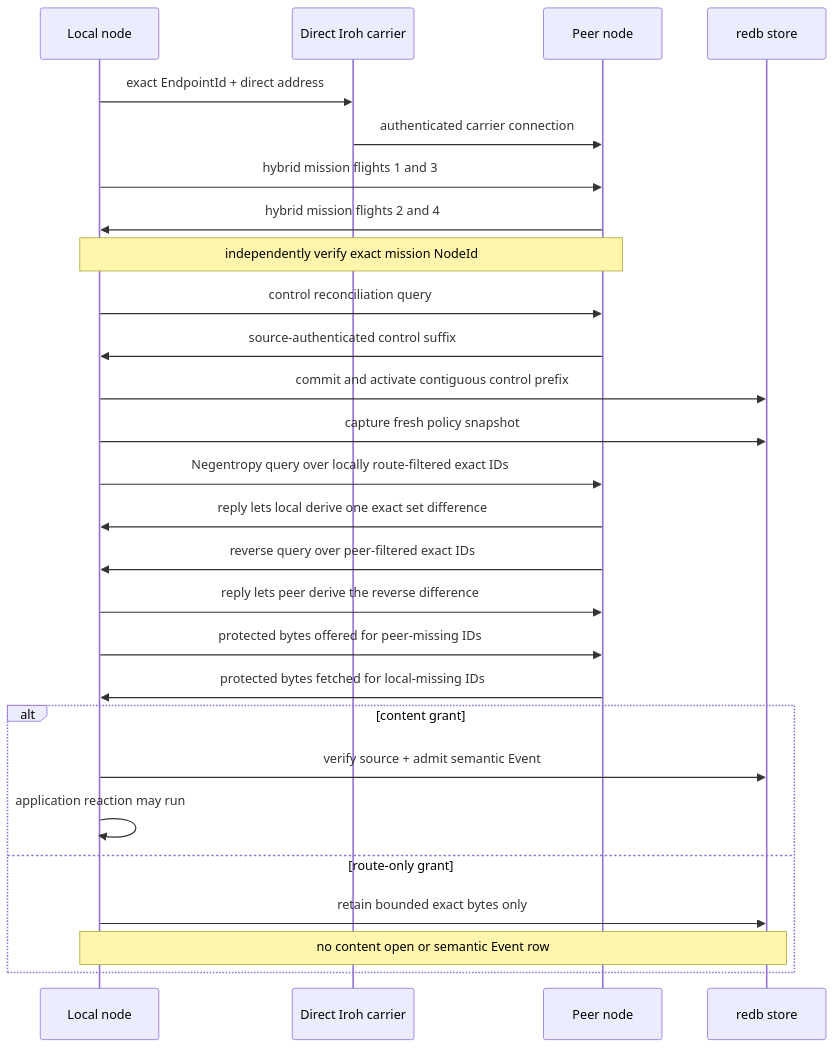
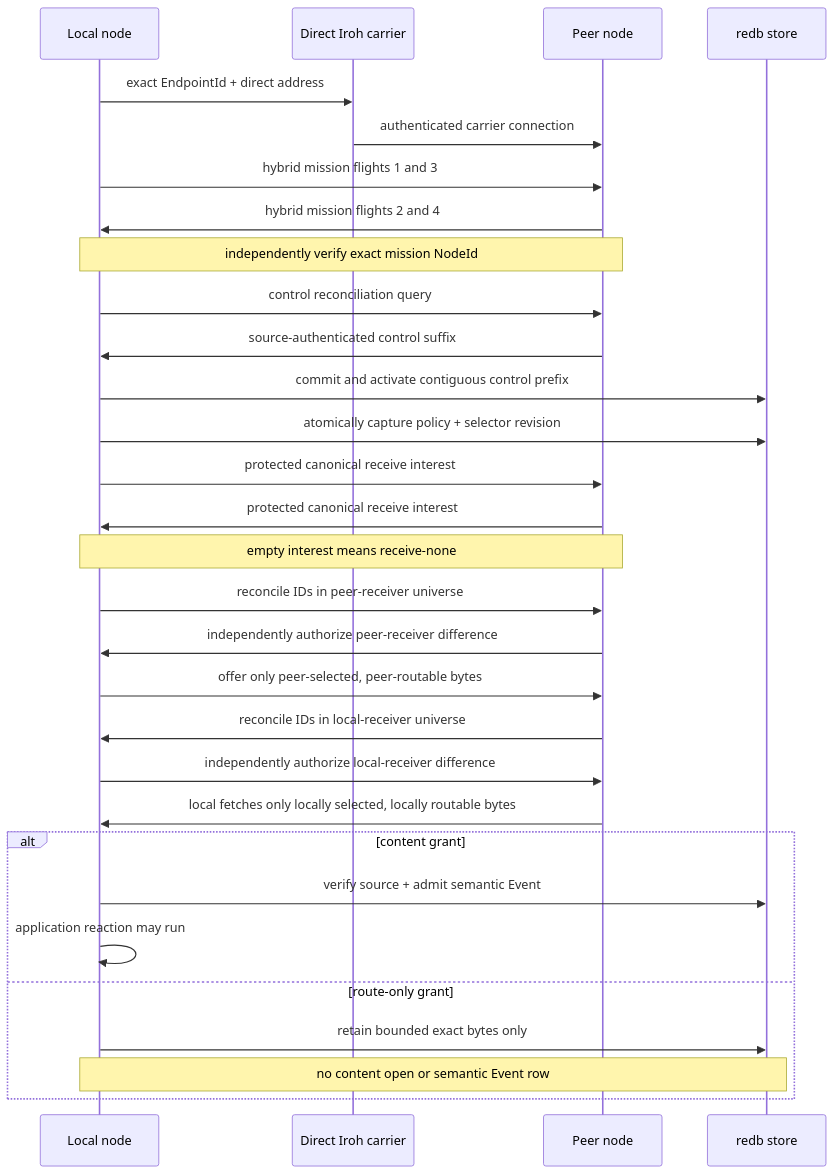
One commit to asirak-astertech/aster changed the second of 3 diagrams in docs/architecture.md. Above: the diagram before and after it, drawn with Mermaid. The commit also changed other lines of this file and 24 other files, not shown here.

````diff
--- a/docs/architecture.md
+++ b/docs/architecture.md
@@ -54,30 +58,33 @@
 ```mermaid
 sequenceDiagram
     participant L as Local node
     participant C as Direct Iroh carrier
     participant P as Peer node
     participant S as redb store
 
     L->>C: exact EndpointId + direct address
     C->>P: authenticated carrier connection
     L->>P: hybrid mission flights 1 and 3
     P->>L: hybrid mission flights 2 and 4
     Note over L,P: independently verify exact mission NodeId
     L->>P: control reconciliation query
     P->>L: source-authenticated control suffix
     L->>S: commit and activate contiguous control prefix
-    L->>S: capture fresh policy snapshot
-    L->>P: Negentropy query over locally route-filtered exact IDs
-    P->>L: reply lets local derive one exact set difference
-    P->>L: reverse query over peer-filtered exact IDs
-    L->>P: reply lets peer derive the reverse difference
-    L->>P: protected bytes offered for peer-missing IDs
-    P->>L: protected bytes fetched for local-missing IDs
+    L->>S: atomically capture policy + selector revision
+    L->>P: protected canonical receive interest
+    P->>L: protected canonical receive interest
+    Note over L,P: empty interest means receive-none
+    L->>P: reconcile IDs in peer-receiver universe
+    P->>L: independently authorize peer-receiver difference
+    L->>P: offer only peer-selected, peer-routable bytes
+    P->>L: reconcile IDs in local-receiver universe
+    L->>P: independently authorize local-receiver difference
+    P->>L: local fetches only locally selected, locally routable bytes
     alt content grant
         L->>S: verify source + admit semantic Event
         L->>L: application reaction may run
     else route-only grant
         L->>S: retain bounded exact bytes only
         Note over L,S: no content open or semantic Event row
     end
 ```
````
